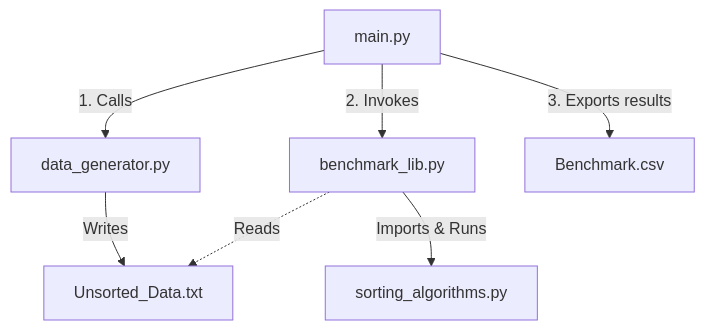
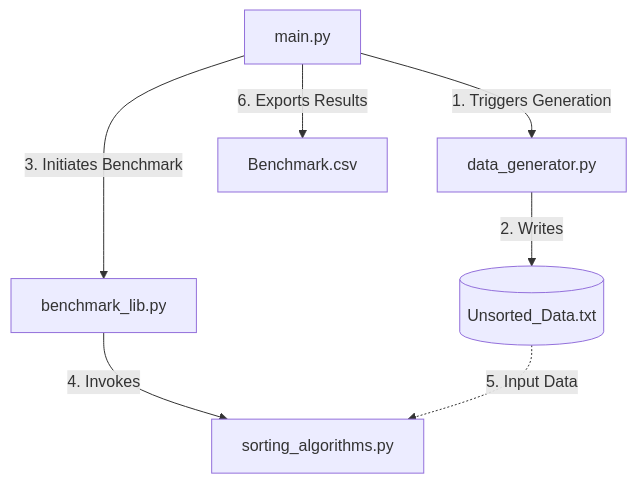
One commit to an2in/DSA_Task2 changed the diagram in README.md. Above: the diagram before and after it, drawn with Mermaid.

Commit message:
Update README.md with corrected flow and node names

````diff
--- a/README.md
+++ b/README.md
@@ -1,22 +1,24 @@
 ```mermaid
 graph TD
-    %% Nodes
+    %% Define Nodes
     Main[main.py]
-    Gen[data_generator.py]
-    Data[Unsorted_Data.txt]
-    Bench[benchmark_lib.py]
+    DataGen[data_generator.py]
+    BenchLib[benchmark_lib.py]
     Algos[sorting_algorithms.py]
-    Out[Benchmark.csv]
+    
+    %% Storage Nodes
+    RawData[(Unsorted_Data.txt)]
+    Output[Benchmark.csv]
 
-    %% Flow connections
-    Main -->|1. Calls| Gen
-    Gen -->|Writes| Data
+    %% Flow Connections
+    Main -->|1. Triggers Generation| DataGen
+    DataGen -->|2. Writes| RawData
     
-    Main -->|2. Invokes| Bench
-    Bench -->|Imports & Runs| Algos
+    Main -->|3. Initiates Benchmark| BenchLib
+    BenchLib -->|4. Invokes| Algos
     
-    %% Optional: Show that benchmark uses the data (implicit or explicit)
-    Bench -.->|Reads| Data
+    %% CORRECTED FLOW: Data moves FROM file TO algorithm
+    RawData -.->|5. Input Data| Algos
     
-    Main -->|3. Exports results| Out
+    Main -->|6. Exports Results| Output
 ```
````
